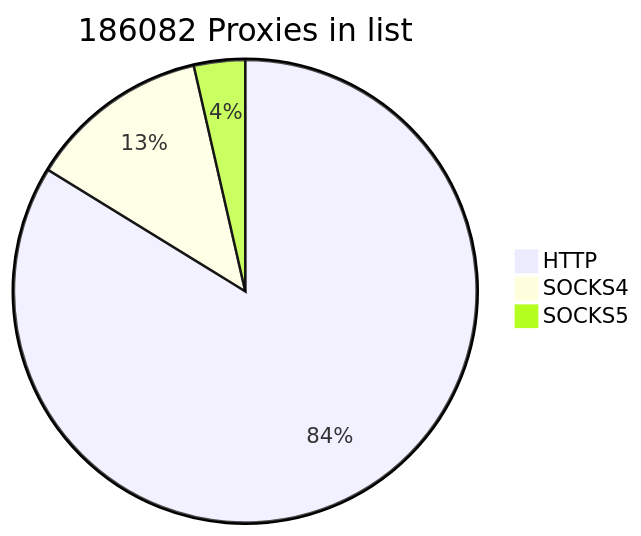
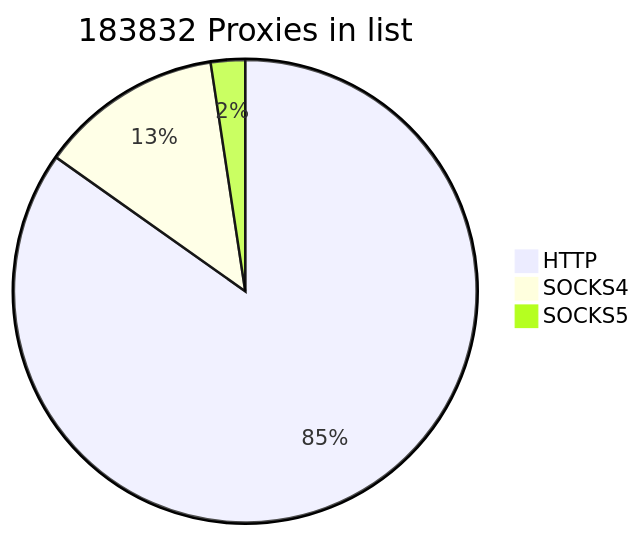
The first of 2 diagrams in README.md (cutipu/proxylist), drawn with Mermaid before and after one commit. The commit also changed other lines of this file, not shown here.

````diff
--- a/README.md
+++ b/README.md
@@ -2,7 +2,7 @@
 ```mermaid
-pie title 186082 Proxies in list
-    "HTTP" : 155903
+pie title 183832 Proxies in list
+    "HTTP" : 155902
     "SOCKS4" : 23528
-    "SOCKS5" : 6651
+    "SOCKS5" : 4402
             
 ```
````
